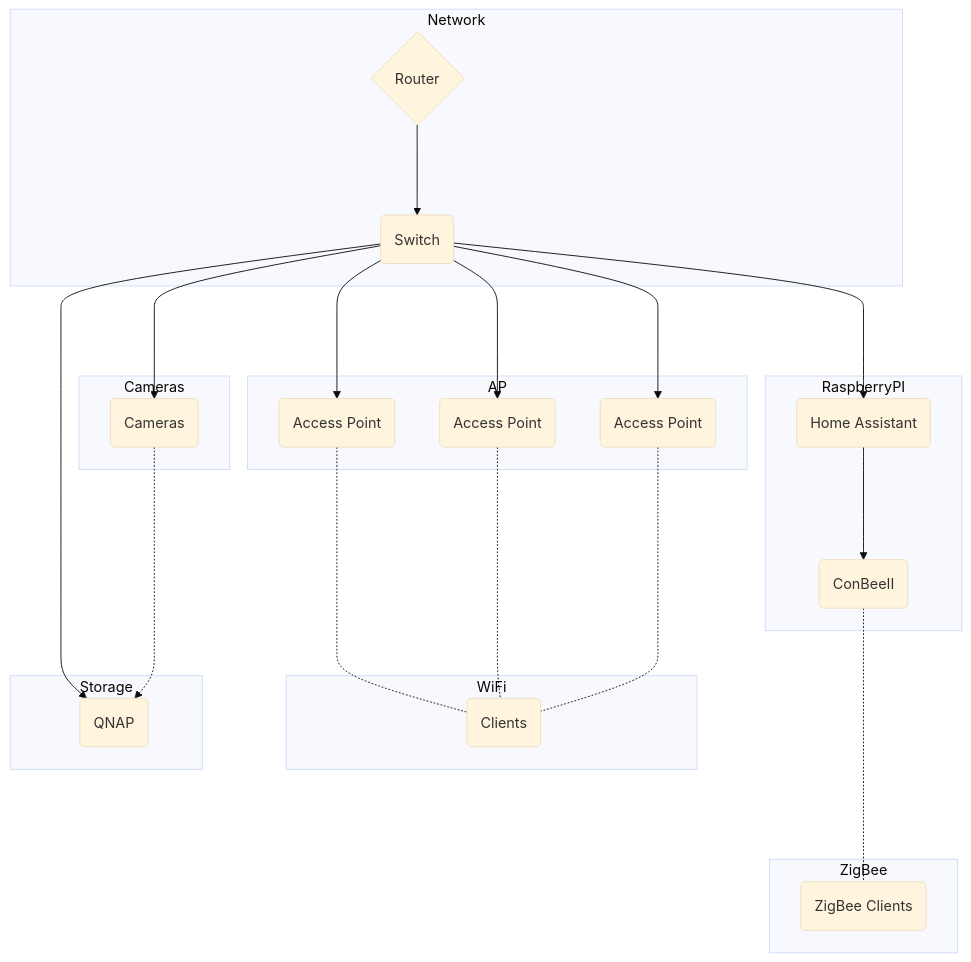
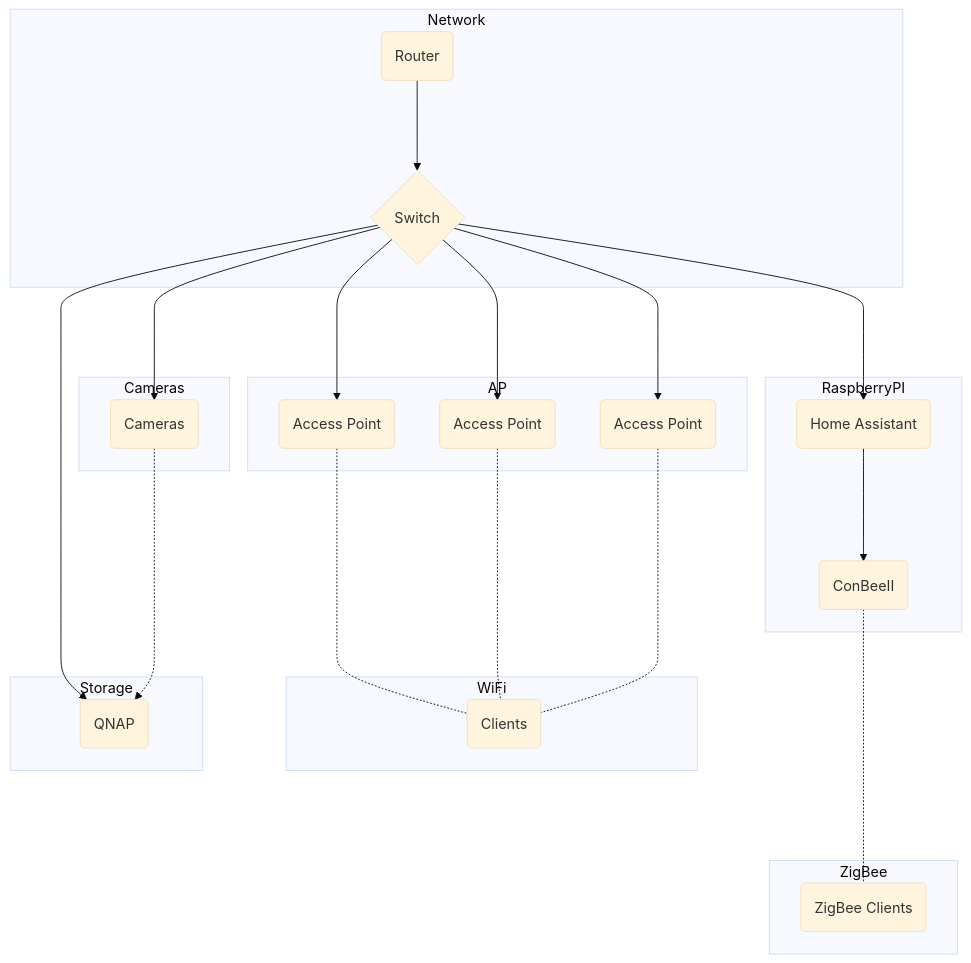
The diagram in README.md (rangulvers/Homeautomation), drawn with Mermaid (base theme) before and after one commit.

````diff
--- a/README.md
+++ b/README.md
@@ -60,31 +60,31 @@
 ```mermaid
     flowchart TB
         subgraph Network
-            rout1{Router} ---> net1
+            rout1(Router) ---> net1
         end
         subgraph AP
             net1(Switch) ---> net2(Access Point)
             net1(Switch) ---> net3(Access Point)
             net1(Switch) ---> net4(Access Point)
         end
         subgraph WiFi
             net2 -...- wifi1(Clients)
             net3 -...- wifi1(Clients)
             net4 -...- wifi1(Clients)
         end
         subgraph Cameras
-            net1(Switch) ---> cam1(Cameras) 
+            net1{Switch} ---> cam1(Cameras) 
         end
         subgraph Storage
             net1 ---> stor1(QNAP)
             cam1 -...-> stor1
         end
         subgraph RaspberryPI
             ha1(Home Assistant) ---> ha2(ConBeeII)
             net1 ---> ha1
         end
         subgraph ZigBee
             ha2 -...- zb1c(ZigBee Clients)
         end
 
 ```
````
